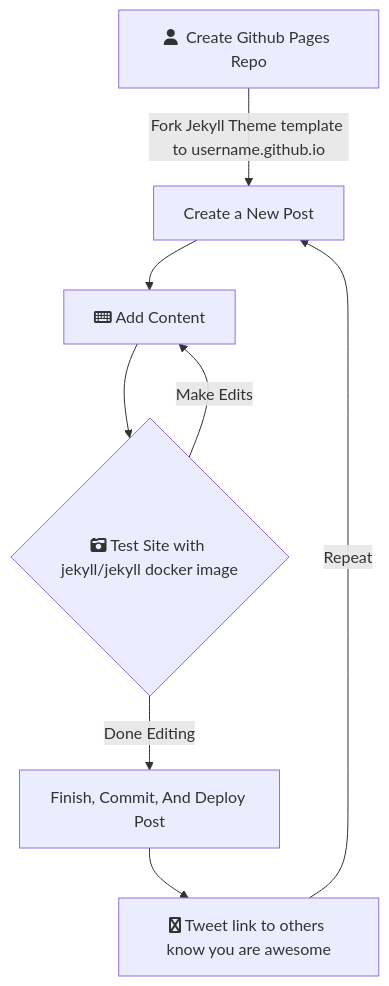
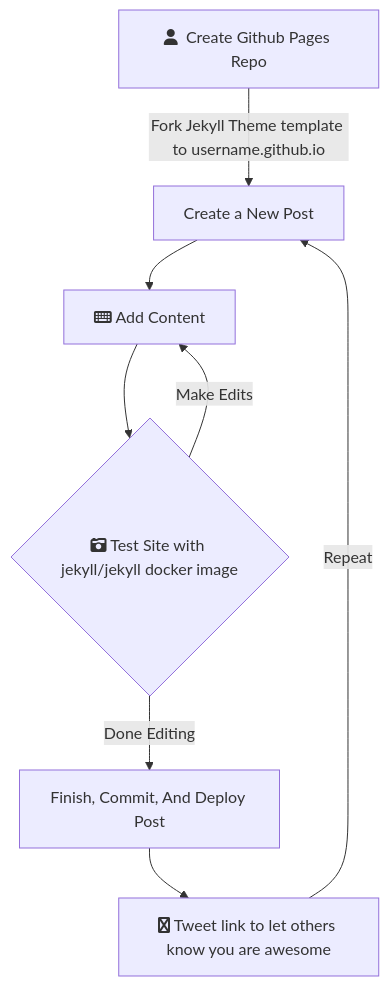
One commit to clearbluejar/clearbluejar.github.io changed the diagram in _posts/2022-02-17-these-are-your-first-steps.md. Above: the diagram before and after it, drawn with Mermaid. The commit also changed other lines of this file and 1 other file, not shown here.

Commit message:
post edit and ga

````diff
--- a/_posts/2022-02-17-these-are-your-first-steps.md
+++ b/_posts/2022-02-17-these-are-your-first-steps.md
@@ -152,11 +152,11 @@
 ```mermaid
 
 graph TD
     A[fa:fa-user  Create Github Pages Repo]  -->|Fork Jekyll Theme template to username.github.io| B[Create a New Post]
     B --> C[fa:fa-keyboard Add Content]
     C --> D{fa:fa-camera-retro Test Site with jekyll/jekyll docker image}
     D --> | Make Edits | C
     D --> | Done Editing | E[Finish, Commit, And Deploy Post]
-    E --> F[fa:fa-twitter Tweet link to others know you are awesome]
-    F --> | Repeat | B    
+    E --> F[fa:fa-twitter Tweet link to let others know you are awesome]
+    F --> | Repeat | B
 ```
````
